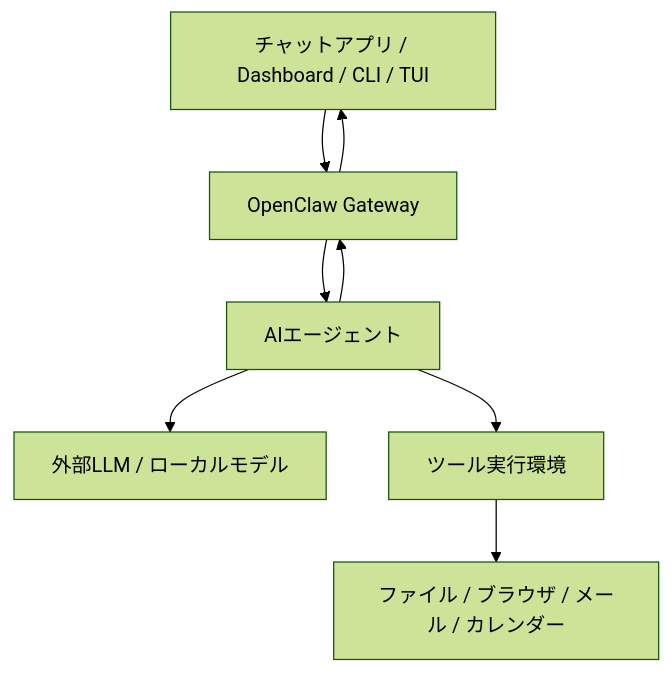
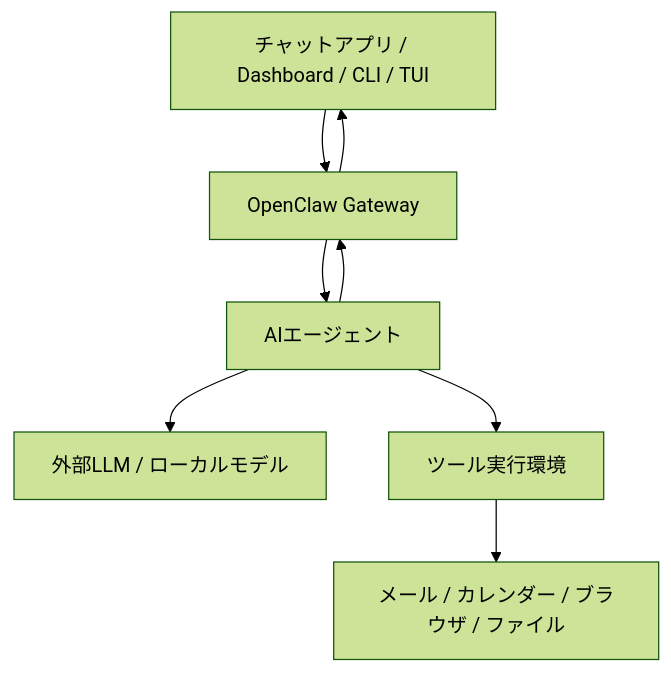
One commit to ShunsukeTamura06/openclaw-study-session changed the first of 2 diagrams in slides/test-v2.md. Above: the diagram before and after it, drawn with Mermaid (forest theme). The commit also changed other lines of this file, not shown here.

````diff
--- a/slides/test-v2.md
+++ b/slides/test-v2.md
@@ -115,10 +168,10 @@
 ```mermaid
 flowchart TD
     C[チャットアプリ / Dashboard / CLI / TUI] --> G[OpenClaw Gateway]
     G --> A[AIエージェント]
     A --> L[外部LLM / ローカルモデル]
     A --> T[ツール実行環境]
-    T --> F[ファイル / ブラウザ / メール / カレンダー]
+    T --> F[メール / カレンダー / ブラウザ / ファイル]
     A --> G
     G --> C
 ```
````
